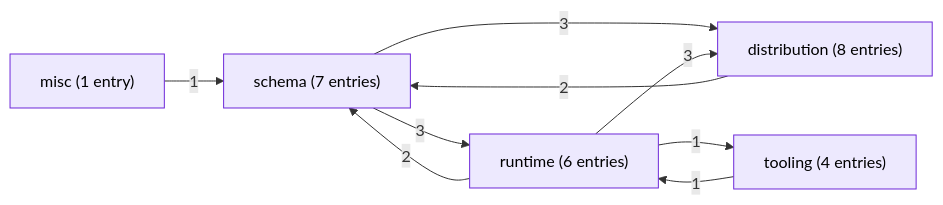
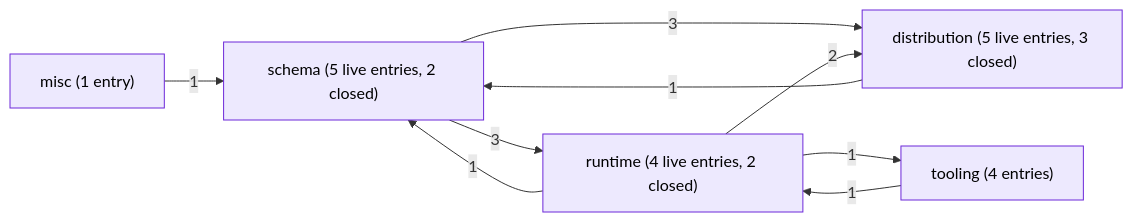
The first of 7 diagrams in GRAPH.md (open-platform-model/enhancements), drawn with Mermaid before and after one commit. The commit also changed other lines of this file and 525 other files, not shown here.

````diff
--- a/GRAPH.md
+++ b/GRAPH.md
@@ -16,25 +18,26 @@
 ```mermaid
 graph LR
   classDef draft       fill:#fef3c7,stroke:#b45309,color:#000
   classDef accepted    fill:#dbeafe,stroke:#1d4ed8,color:#000
   classDef rejected    fill:#fee2e2,stroke:#b91c1c,color:#7f1d1d,stroke-dasharray:4 2
   classDef superseded  fill:#e5e7eb,stroke:#6b7280,color:#6b7280
+  classDef delivered   fill:#dcfce7,stroke:#15803d,color:#14532d
   classDef legacy      fill:#fafafa,stroke:#9ca3af,color:#6b7280,stroke-dasharray:3 3
   classDef stub        fill:#f3f4f6,stroke:#9ca3af,color:#374151
   classDef category    fill:#ede9fe,stroke:#6d28d9,color:#000
 
-  Cschema["schema (7 entries)"]:::category
-  Cruntime["runtime (6 entries)"]:::category
-  Cdistribution["distribution (8 entries)"]:::category
+  Cschema["schema (5 live entries, 2 closed)"]:::category
+  Cruntime["runtime (4 live entries, 2 closed)"]:::category
+  Cdistribution["distribution (5 live entries, 3 closed)"]:::category
   Ctooling["tooling (4 entries)"]:::category
   Cmisc["misc (1 entry)"]:::category
 
   Cschema -->|3| Cruntime
   Cschema -->|3| Cdistribution
-  Cruntime -->|2| Cschema
-  Cruntime -->|3| Cdistribution
+  Cruntime -->|1| Cschema
+  Cruntime -->|2| Cdistribution
   Cruntime -->|1| Ctooling
-  Cdistribution -->|2| Cschema
+  Cdistribution -->|1| Cschema
   Ctooling -->|1| Cruntime
   Cmisc -->|1| Cschema
 ```
````
